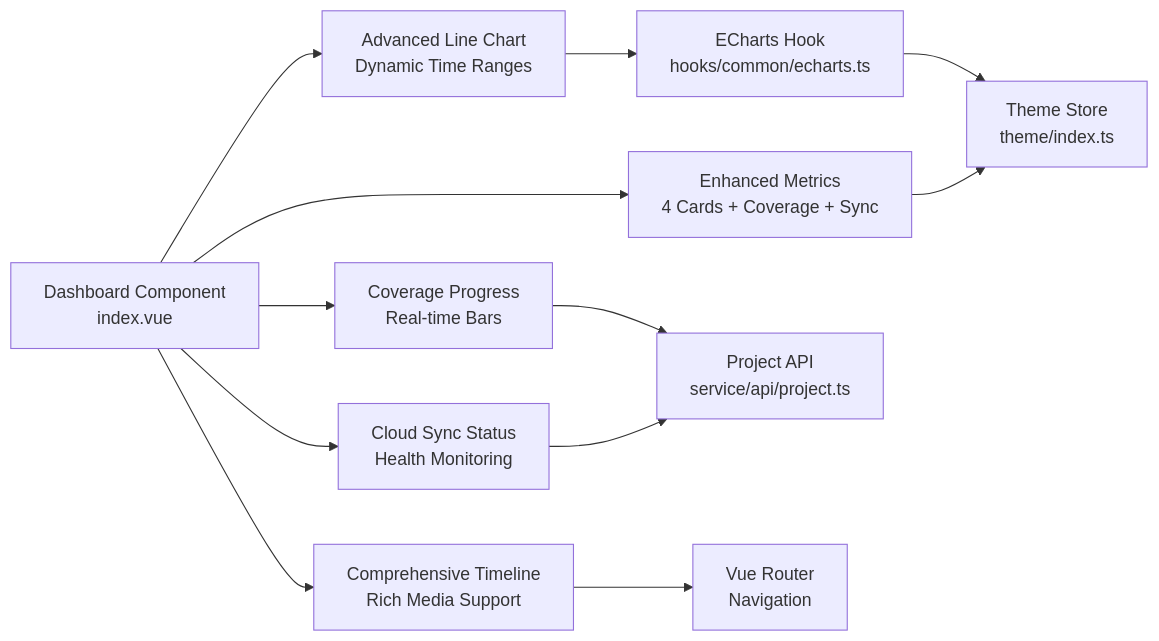
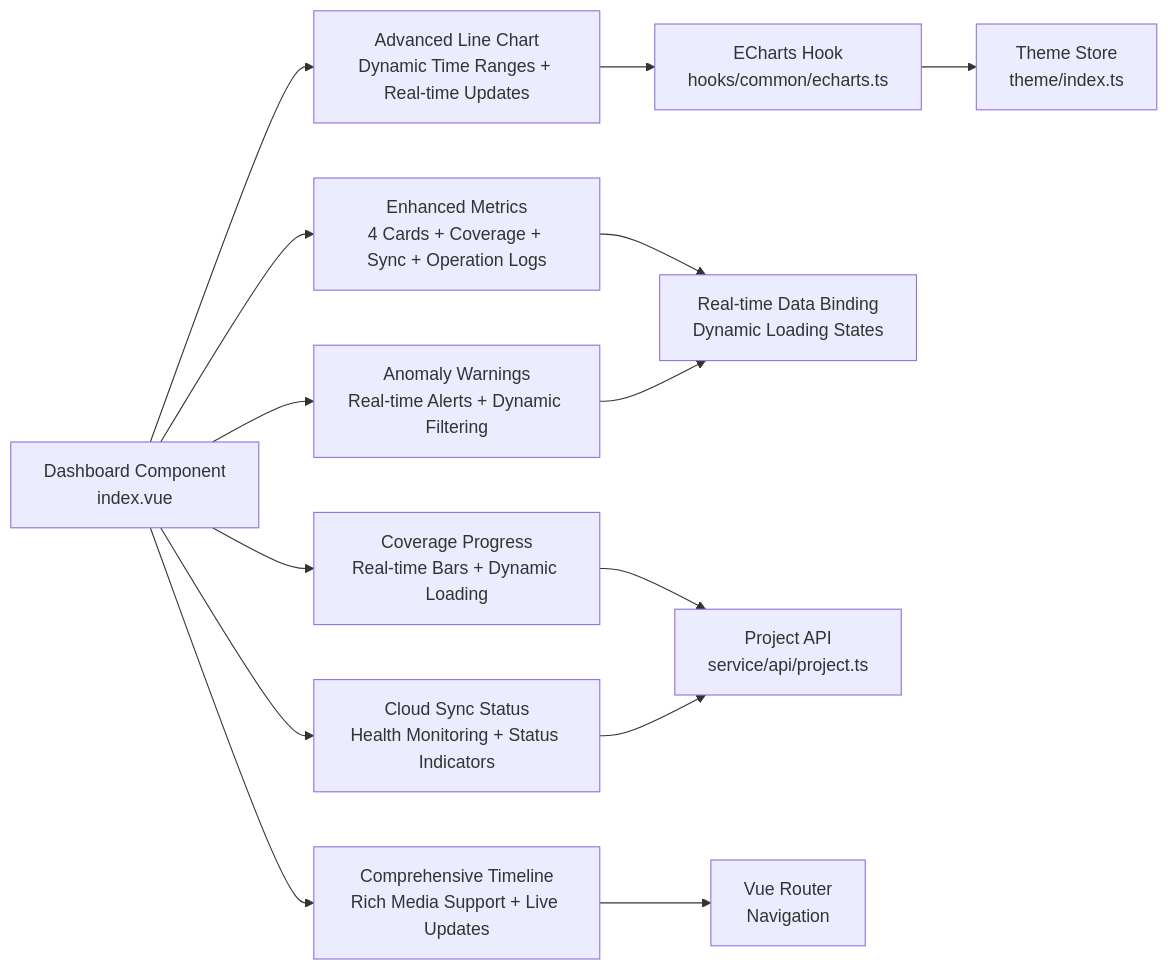
Before and after one commit to bo961386926/Survey-App: the fourth of 4 diagrams in .qoder/repowiki/en/content/Desktop Admin Interface/Dashboard & Analytics.md, drawn with Mermaid. The commit also changed other lines of this file and 19 other files, not shown here.

````diff
--- a/.qoder/repowiki/en/content/Desktop Admin Interface/Dashboard & Analytics.md
+++ b/.qoder/repowiki/en/content/Desktop Admin Interface/Dashboard & Analytics.md
@@ -292,14 +347,16 @@
 ```mermaid
 graph LR
-Dashboard["Dashboard Component<br/>index.vue"] --> Metrics["Enhanced Metrics<br/>4 Cards + Coverage + Sync"]
-Dashboard --> Chart["Advanced Line Chart<br/>Dynamic Time Ranges"]
-Dashboard --> Activity["Comprehensive Timeline<br/>Rich Media Support"]
-Dashboard --> Coverage["Coverage Progress<br/>Real-time Bars"]
-Dashboard --> CloudSync["Cloud Sync Status<br/>Health Monitoring"]
+Dashboard["Dashboard Component<br/>index.vue"] --> Metrics["Enhanced Metrics<br/>4 Cards + Coverage + Sync + Operation Logs"]
+Dashboard --> Chart["Advanced Line Chart<br/>Dynamic Time Ranges + Real-time Updates"]
+Dashboard --> Activity["Comprehensive Timeline<br/>Rich Media Support + Live Updates"]
+Dashboard --> Coverage["Coverage Progress<br/>Real-time Bars + Dynamic Loading"]
+Dashboard --> CloudSync["Cloud Sync Status<br/>Health Monitoring + Status Indicators"]
+Dashboard --> Warnings["Anomaly Warnings<br/>Real-time Alerts + Dynamic Filtering"]
 Chart --> EChartsHook["ECharts Hook<br/>hooks/common/echarts.ts"]
 EChartsHook --> ThemeStore["Theme Store<br/>theme/index.ts"]
+Metrics --> RealTime["Real-time Data Binding<br/>Dynamic Loading States"]
 Coverage --> API["Project API<br/>service/api/project.ts"]
 CloudSync --> API
-Metrics --> ThemeStore
+Warnings --> RealTime
 Activity --> Router["Vue Router<br/>Navigation"]
 ```
````
